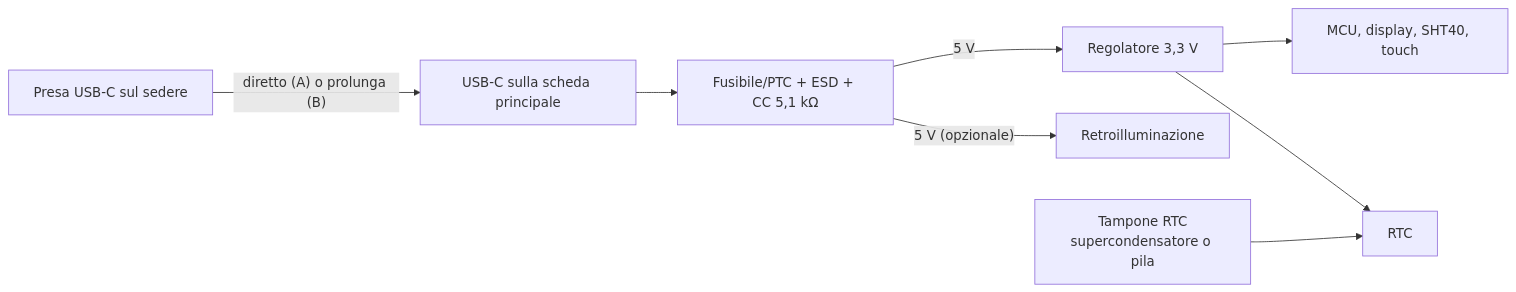
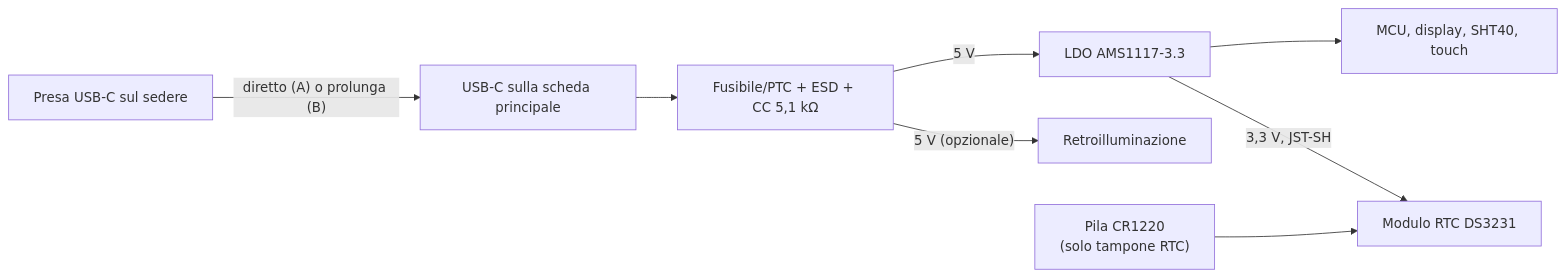
Before and after one commit to seba379/PoliClock: the diagram in docs/03-alimentazione-ricarica.md, drawn with Mermaid. The commit also changed other lines of this file and 53 other files, not shown here.

First line of the commit message:
hardware: KiCad schematic rev 0.1 for main, display and SHT40 boards (v0.6)

````diff
--- a/docs/03-alimentazione-ricarica.md
+++ b/docs/03-alimentazione-ricarica.md
@@ -18,10 +18,10 @@
 ```mermaid
 flowchart LR
     USB["Presa USB-C sul sedere"] -->|"diretto (A) o prolunga (B)"| IN["USB-C sulla scheda principale"]
     IN --> PROT["Fusibile/PTC + ESD + CC 5,1 kΩ"]
-    PROT -->|"5 V"| REG["Regolatore 3,3 V"]
+    PROT -->|"5 V"| REG["LDO AMS1117-3.3"]
     PROT -->|"5 V (opzionale)"| BL["Retroilluminazione"]
     REG --> LOADS["MCU, display, SHT40, touch"]
-    REG --> RTC["RTC"]
-    CAP["Tampone RTC<br/>supercondensatore o pila"] --> RTC
+    REG -->|"3,3 V, JST-SH"| RTC["Modulo RTC DS3231"]
+    CAP["Pila CR1220<br/>(solo tampone RTC)"] --> RTC
 ```
````
